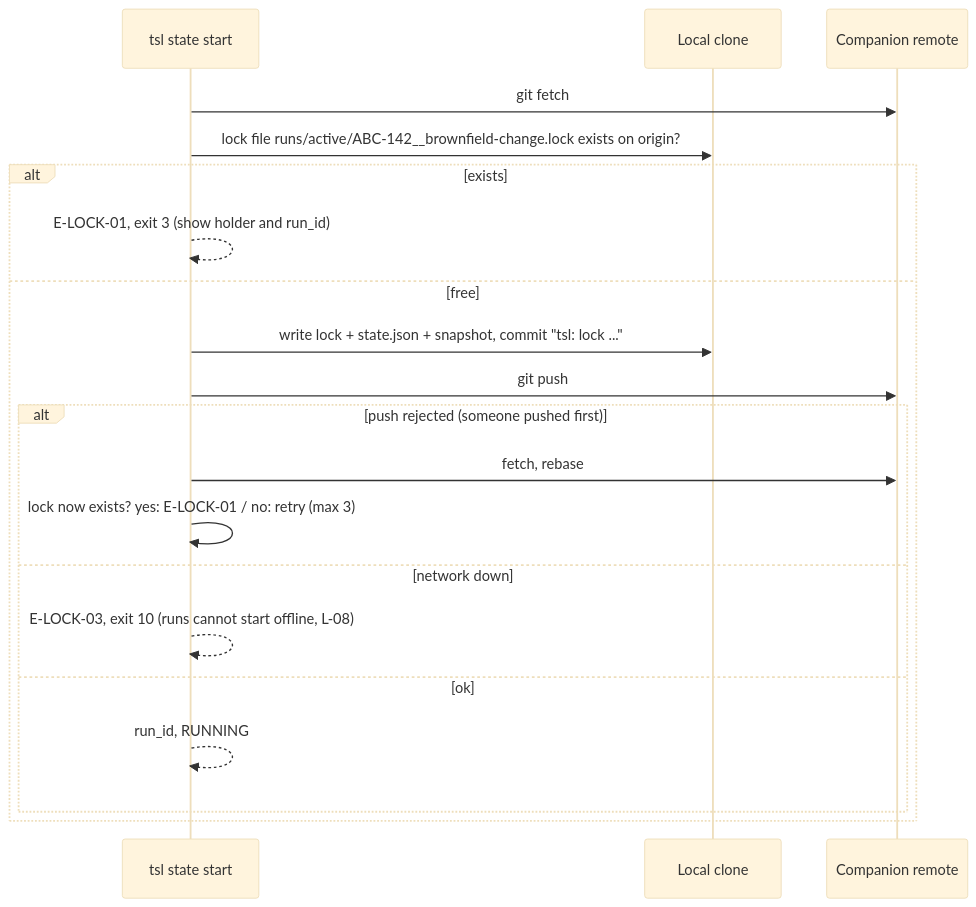
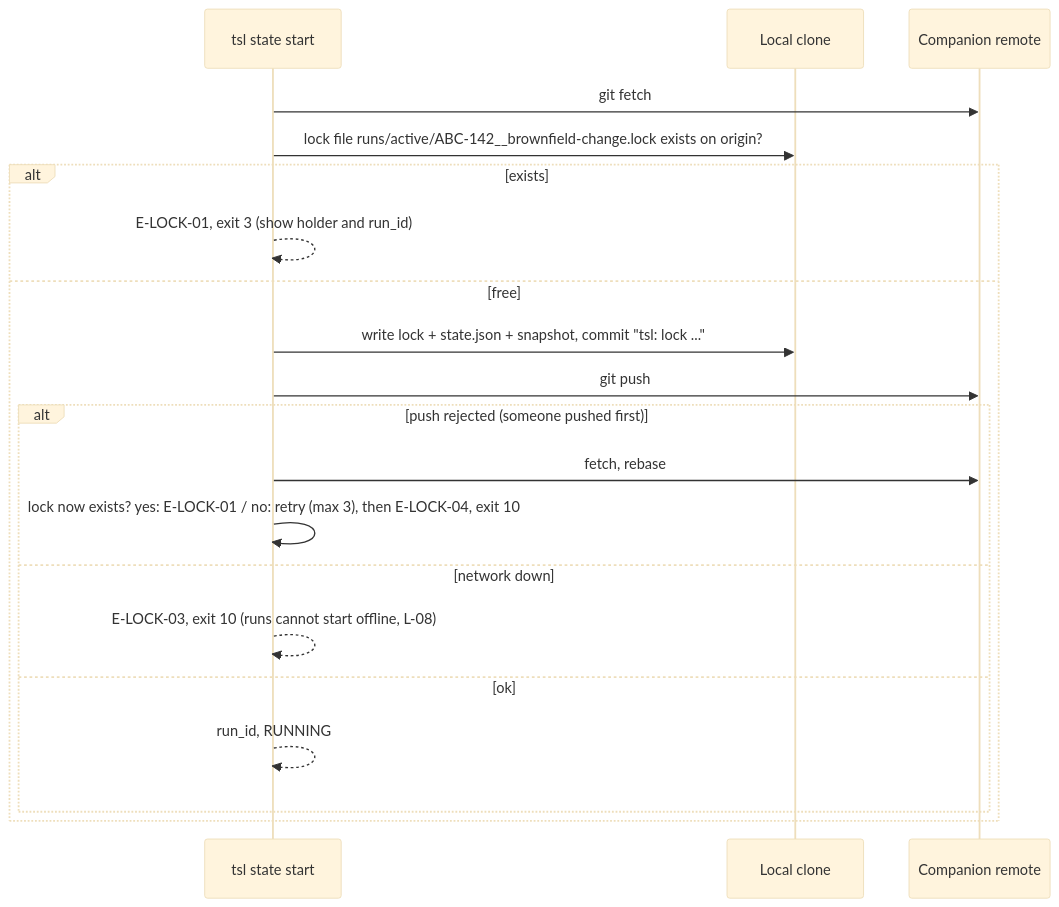
One commit to puneetsinghnanda/AI-Skill-Library changed the seventh of 7 diagrams in docs/design/SDD-02-workflow-orchestration.md. Above: the diagram before and after it, drawn with Mermaid (base theme). The commit also changed other lines of this file and 30 other files, not shown here.

````diff
--- a/docs/design/SDD-02-workflow-orchestration.md
+++ b/docs/design/SDD-02-workflow-orchestration.md
@@ -726,22 +728,22 @@
 ```mermaid
 sequenceDiagram
   participant T as tsl state start
   participant L as Local clone
   participant G as Companion remote
   T->>G: git fetch
   T->>L: lock file runs/active/ABC-142__brownfield-change.lock exists on origin?
   alt exists
     T-->>T: E-LOCK-01, exit 3 (show holder and run_id)
   else free
     T->>L: write lock + state.json + snapshot, commit "tsl: lock ..."
     T->>G: git push
     alt push rejected (someone pushed first)
       T->>G: fetch, rebase
-      T->>T: lock now exists? yes: E-LOCK-01 / no: retry (max 3)
+      T->>T: lock now exists? yes: E-LOCK-01 / no: retry (max 3), then E-LOCK-04, exit 10
     else network down
       T-->>T: E-LOCK-03, exit 10 (runs cannot start offline, L-08)
     else ok
       T-->>T: run_id, RUNNING
     end
   end
 ```
````
